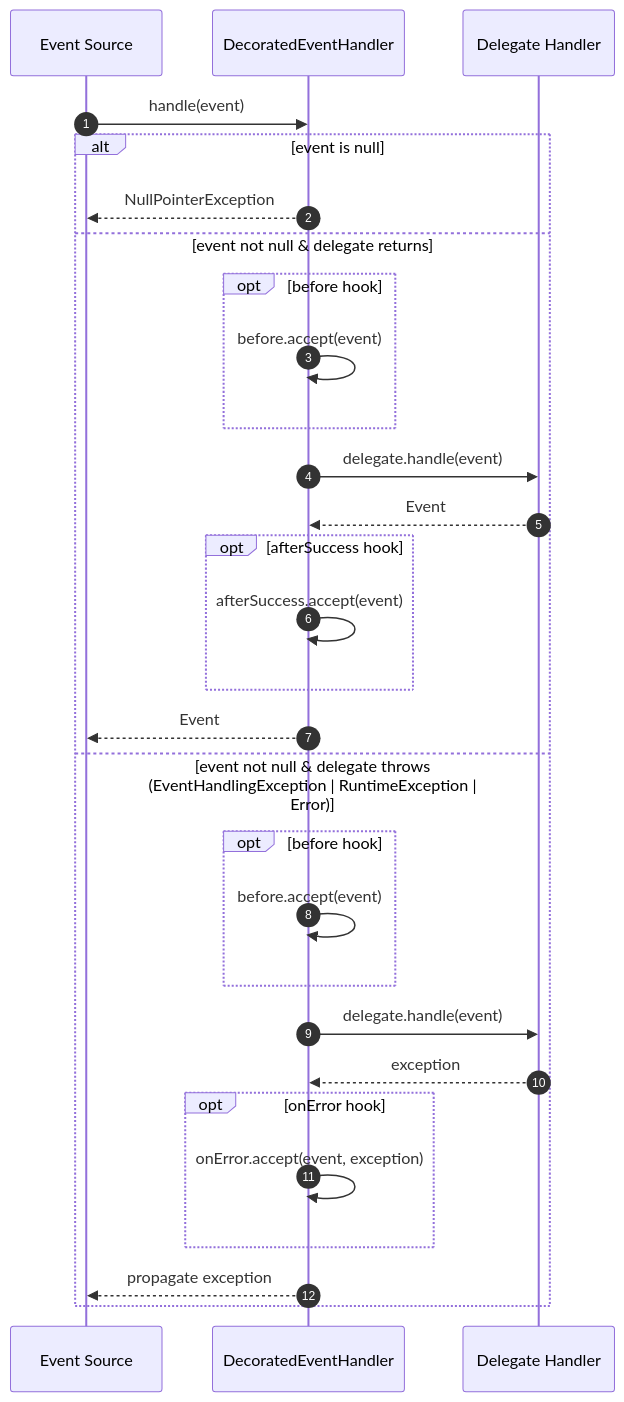
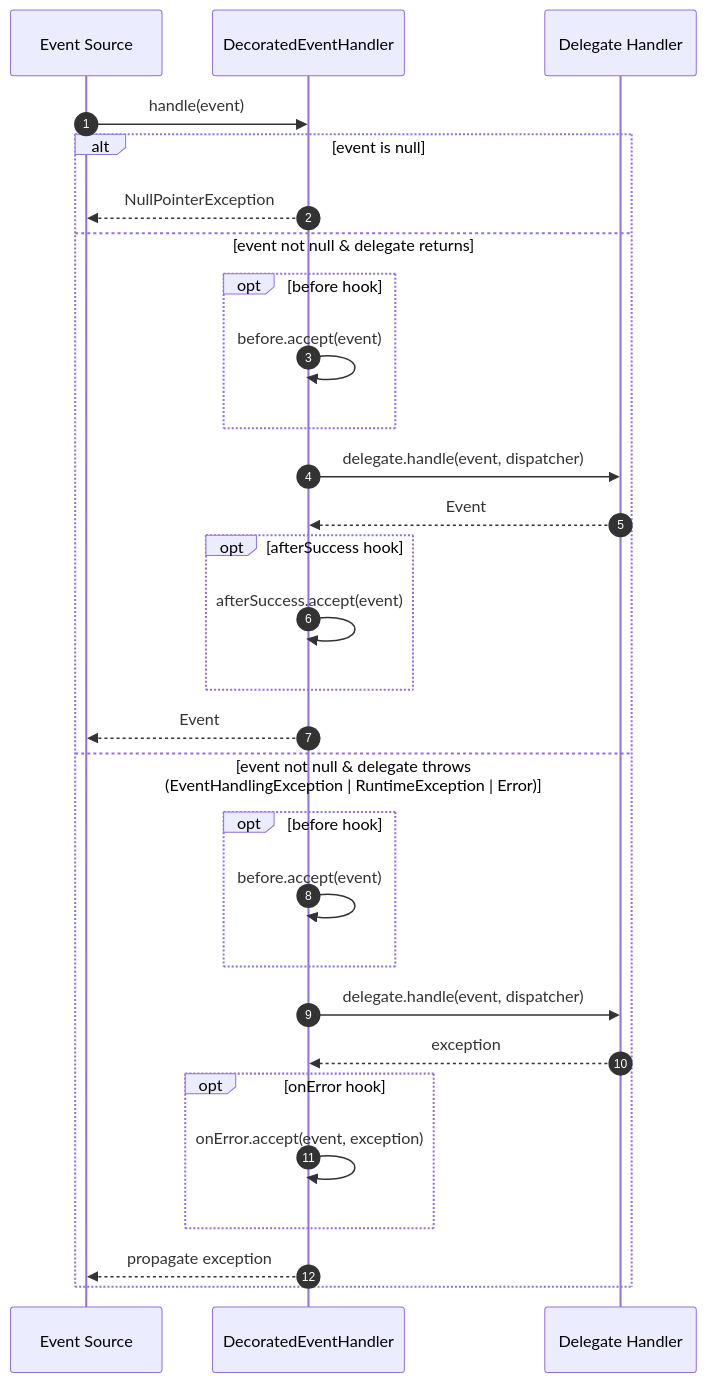
The diagram in diagrams/eventHandlingUseCases/DecoratedEventHandlingSequence.mermaid (dinoo333/EventBob), drawn with Mermaid before and after one commit. The commit also changed 7 other files, not shown here.

```diff
--- a/diagrams/eventHandlingUseCases/DecoratedEventHandlingSequence.mermaid
+++ b/diagrams/eventHandlingUseCases/DecoratedEventHandlingSequence.mermaid
@@ -1,30 +1,30 @@
 sequenceDiagram
     autonumber
     participant S as Event Source
     participant D as DecoratedEventHandler
     participant H as Delegate Handler
 
     S->>D: handle(event)
     alt event is null
         D-->>S: NullPointerException
     else event not null & delegate returns
         opt before hook
             D->>D: before.accept(event)
         end
-        D->>H: delegate.handle(event)
+        D->>H: delegate.handle(event, dispatcher)
         H-->>D: Event
         opt afterSuccess hook
             D->>D: afterSuccess.accept(event)
         end
         D-->>S: Event
     else event not null & delegate throws (EventHandlingException | RuntimeException | Error)
         opt before hook
             D->>D: before.accept(event)
         end
-        D->>H: delegate.handle(event)
+        D->>H: delegate.handle(event, dispatcher)
         H-->>D: exception
         opt onError hook
             D->>D: onError.accept(event, exception)
         end
         D-->>S: propagate exception
     end
```
